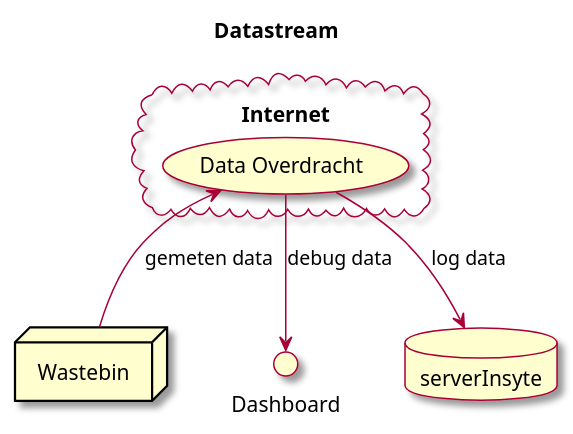
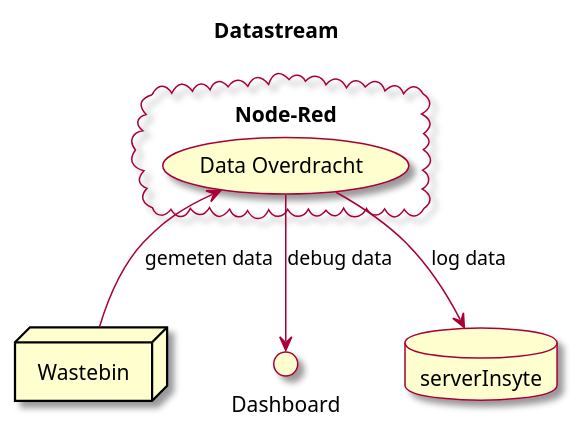
One commit to Casperdroid5/IoT-WasteBin-prototype changed the diagram in Diagrammen/DataFromBinToInsyte.puml. Above: the diagram before and after it, drawn with PlantUML. The commit also changed 8 other files, not shown here.

Commit message:
added uml diagrams

```diff
--- a/Diagrammen/DataFromBinToInsyte.puml
+++ b/Diagrammen/DataFromBinToInsyte.puml
@@ -1,20 +1,20 @@
 @startuml Datastream
 
 skin rose
 
 title Datastream
 
 node Wastebin
 interface Dashboard
 database serverInsyte
 
-cloud Internet {
+cloud Node-Red {
     (Data Overdracht) -down-> (serverInsyte) : log data
 }
 
 (Wastebin) -up-> (Data Overdracht) : gemeten data
 (Data Overdracht) -down-> (Dashboard) : debug data
 
 
 
 @enduml
```
